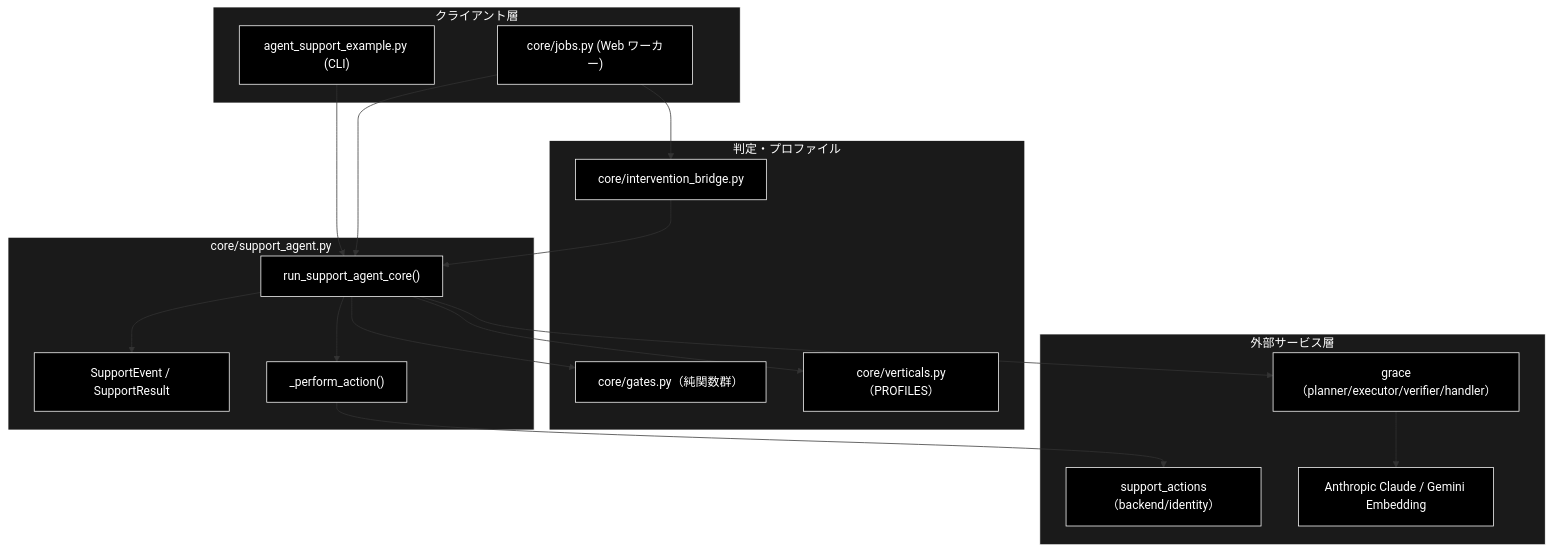
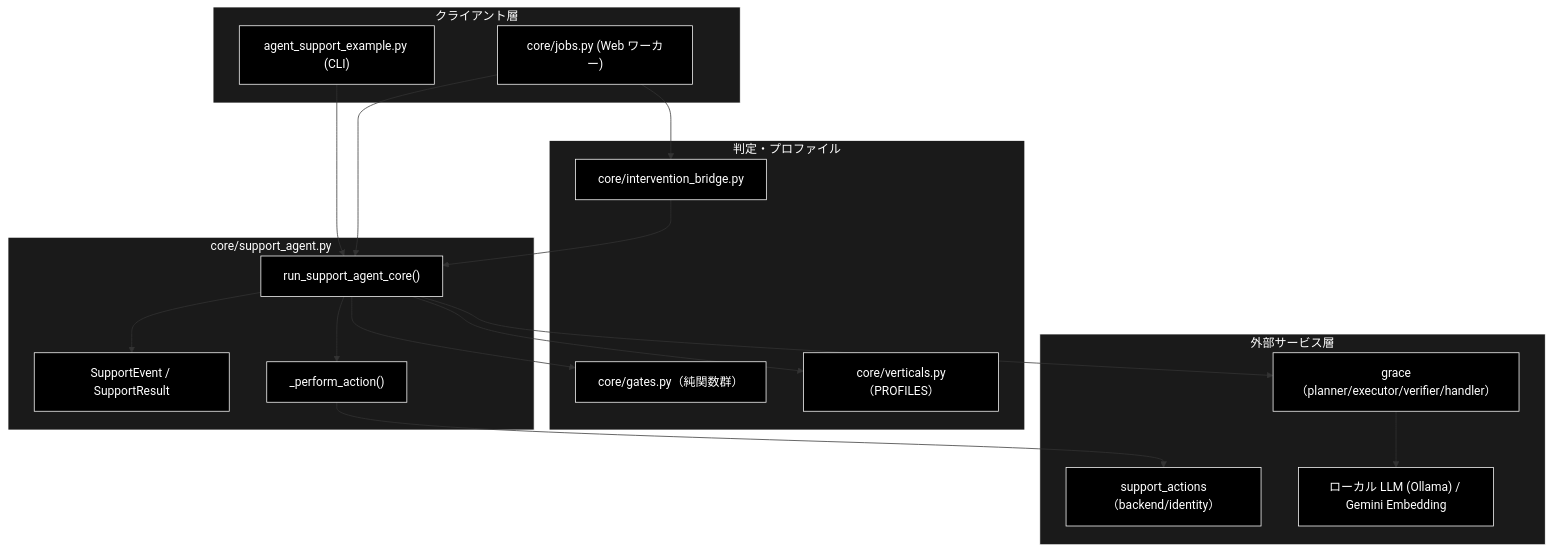
One commit to nakashima2toshio/grace_v2_local changed the first of 3 diagrams in backend/docs/core_support_agent.md. Above: the diagram before and after it, drawn with Mermaid. The commit also changed other lines of this file and 7 other files, not shown here.

````diff
--- a/backend/docs/core_support_agent.md
+++ b/backend/docs/core_support_agent.md
@@ -75,44 +76,44 @@
 ```mermaid
 flowchart TB
     subgraph CLIENT["クライアント層"]
         CLI["agent_support_example.py (CLI)"]
         JOBS["core/jobs.py (Web ワーカー)"]
     end
 
     subgraph MODULE["core/support_agent.py"]
         CORE["run_support_agent_core()"]
         EVT["SupportEvent / SupportResult"]
         ACT["_perform_action()"]
     end
 
     subgraph HELPERS["判定・プロファイル"]
         GATES["core/gates.py（純関数群）"]
         VERT["core/verticals.py（PROFILES）"]
         BRIDGE["core/intervention_bridge.py"]
     end
 
     subgraph EXTERNAL["外部サービス層"]
         GRACE["grace（planner/executor/verifier/handler）"]
         ACTIONS["support_actions（backend/identity）"]
-        LLM["Anthropic Claude / Gemini Embedding"]
+        LLM["ローカル LLM (Ollama) / Gemini Embedding"]
     end
 
     CLI --> CORE
     JOBS --> CORE
     CORE --> EVT
     CORE --> ACT
     CORE --> GATES
     CORE --> VERT
     JOBS --> BRIDGE
     BRIDGE --> CORE
     CORE --> GRACE
     ACT --> ACTIONS
     GRACE --> LLM
 classDef default fill:#000,stroke:#fff,color:#fff
 classDef subgraphStyle fill:#1a1a1a,stroke:#fff,color:#fff
 class CLI,JOBS,CORE,EVT,ACT,GATES,VERT,BRIDGE,GRACE,ACTIONS,LLM default
 style CLIENT fill:#1a1a1a,stroke:#fff,color:#fff
 style MODULE fill:#1a1a1a,stroke:#fff,color:#fff
 style HELPERS fill:#1a1a1a,stroke:#fff,color:#fff
 style EXTERNAL fill:#1a1a1a,stroke:#fff,color:#fff
 ```
````
